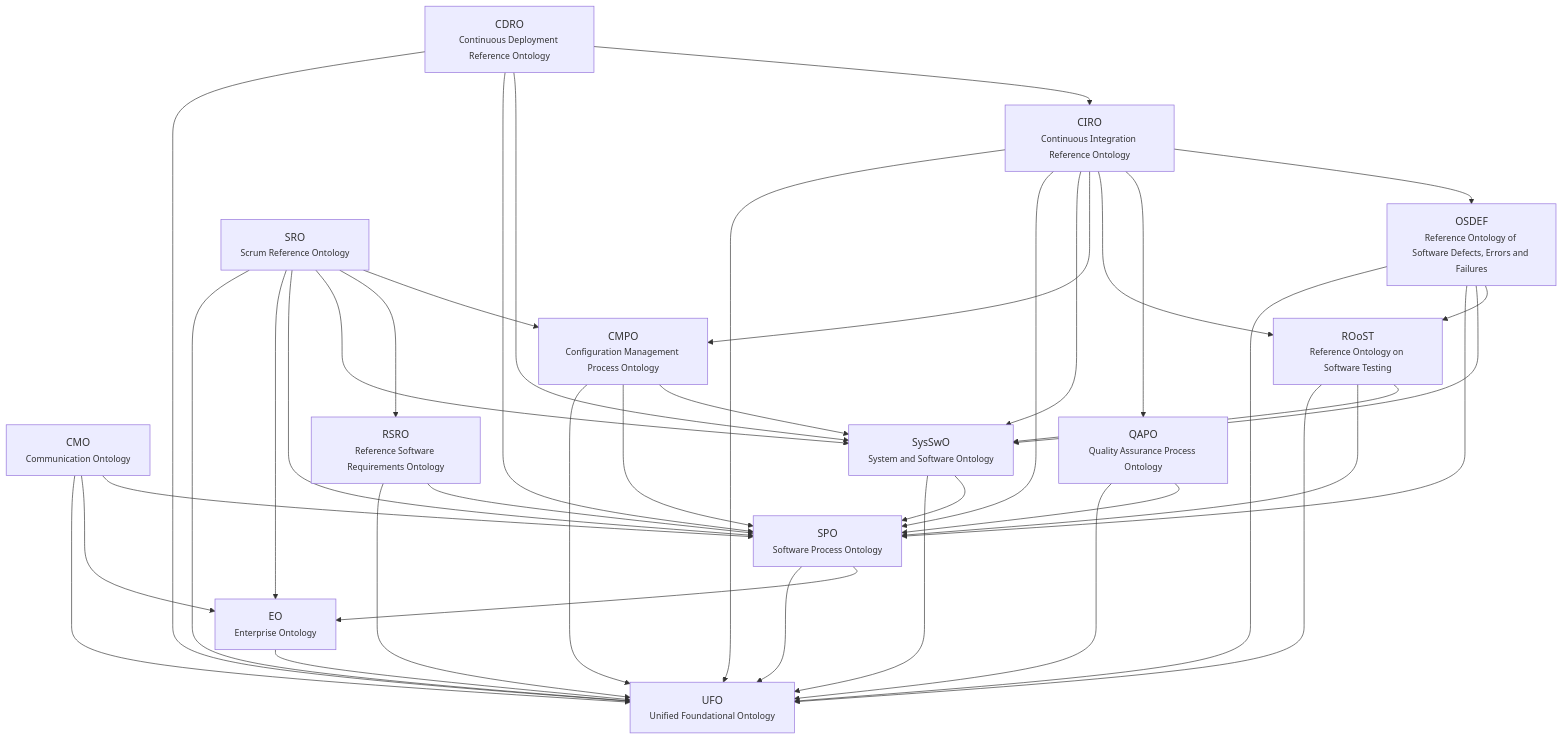
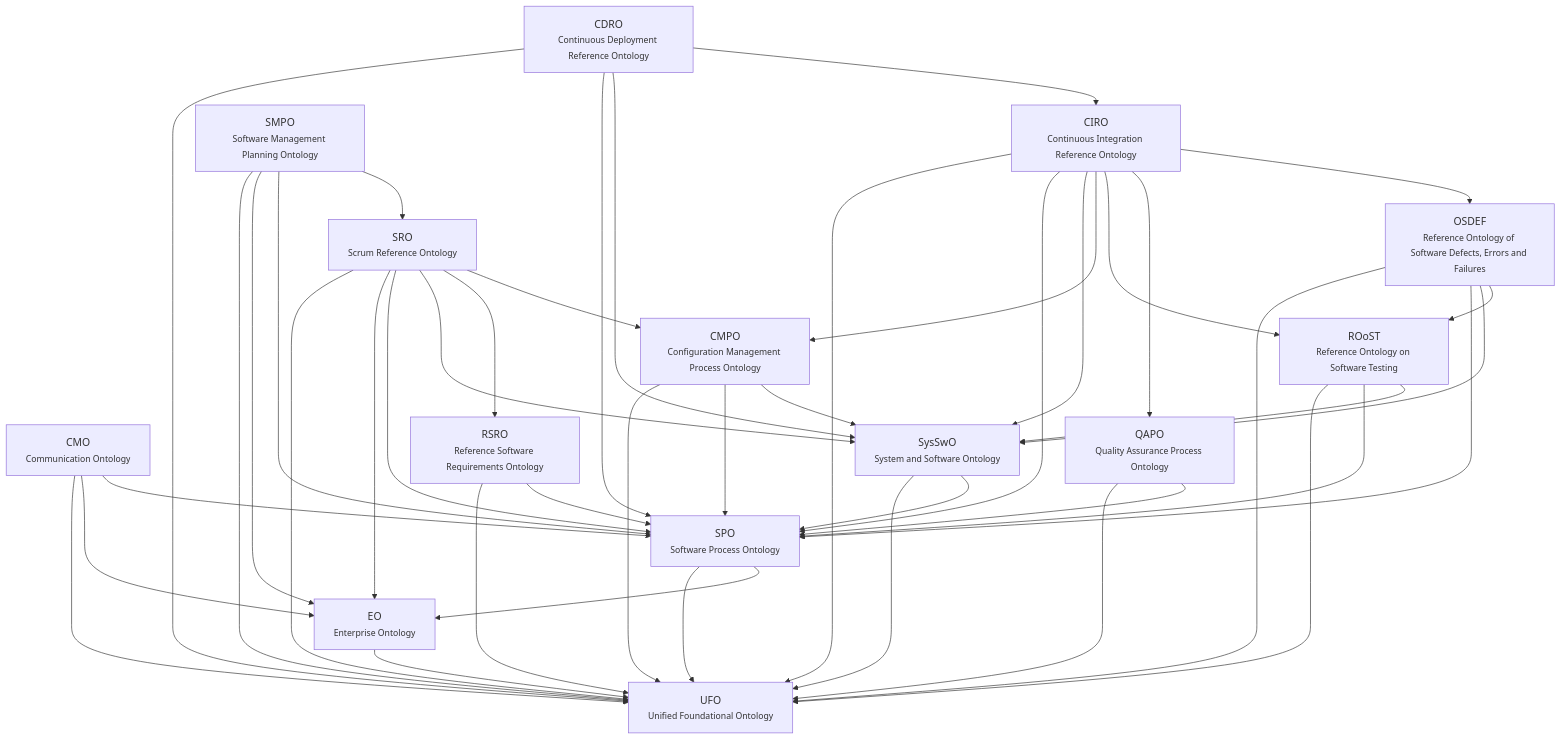
The diagram in docs/ontology/README.md (The-Band-Solution/theband), drawn with Mermaid before and after one commit. The commit also changed other lines of this file and 4 other files, not shown here.

````diff
--- a/docs/ontology/README.md
+++ b/docs/ontology/README.md
@@ -12,55 +12,60 @@
 ```mermaid
 graph TD
   cdro["CDRO<br/><small>Continuous Deployment Reference Ontology</small>"]
   ciro["CIRO<br/><small>Continuous Integration Reference Ontology</small>"]
   cmo["CMO<br/><small>Communication Ontology</small>"]
   cmpo["CMPO<br/><small>Configuration Management Process Ontology</small>"]
   eo["EO<br/><small>Enterprise Ontology</small>"]
   osdef["OSDEF<br/><small>Reference Ontology of Software Defects, Errors and Failures</small>"]
   qapo["QAPO<br/><small>Quality Assurance Process Ontology</small>"]
   roost["ROoST<br/><small>Reference Ontology on Software Testing</small>"]
   rsro["RSRO<br/><small>Reference Software Requirements Ontology</small>"]
+  smpo["SMPO<br/><small>Software Management Planning Ontology</small>"]
   spo["SPO<br/><small>Software Process Ontology</small>"]
   sro["SRO<br/><small>Scrum Reference Ontology</small>"]
   sys_swo["SysSwO<br/><small>System and Software Ontology</small>"]
   ufo["UFO<br/><small>Unified Foundational Ontology</small>"]
   cdro --> ufo
   cdro --> spo
   cdro --> sys_swo
   cdro --> ciro
   ciro --> ufo
   ciro --> spo
   ciro --> sys_swo
   ciro --> cmpo
   ciro --> roost
   ciro --> qapo
   ciro --> osdef
   cmo --> ufo
   cmo --> eo
   cmo --> spo
   cmpo --> ufo
   cmpo --> spo
   cmpo --> sys_swo
   eo --> ufo
   osdef --> ufo
   osdef --> spo
   osdef --> sys_swo
   osdef --> roost
   qapo --> ufo
   qapo --> spo
   roost --> ufo
   roost --> spo
   roost --> sys_swo
   rsro --> ufo
   rsro --> spo
+  smpo --> ufo
+  smpo --> eo
+  smpo --> spo
+  smpo --> sro
   spo --> ufo
   spo --> eo
   sro --> ufo
   sro --> eo
   sro --> spo
   sro --> sys_swo
   sro --> rsro
   sro --> cmpo
   sys_swo --> ufo
   sys_swo --> spo
 ```
````
